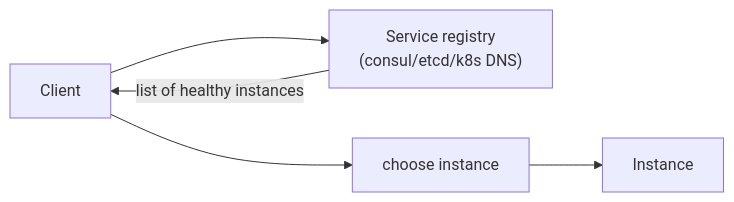
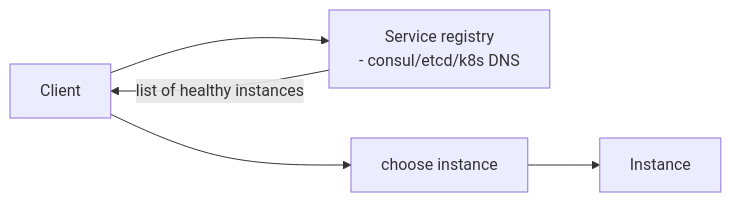
The second of 2 diagrams in docs/02-core-components/02-api-gateway-service-discovery.md (RIT-MESH/system-design-mastery), drawn with Mermaid before and after one commit. The commit also changed 139 other files, not shown here.

First line of the commit message:
Fix Mermaid parse errors: replace parentheses in node labels across 140 files

````diff
--- a/docs/02-core-components/02-api-gateway-service-discovery.md
+++ b/docs/02-core-components/02-api-gateway-service-discovery.md
@@ -43,8 +43,8 @@
 ```mermaid
 %% created-for: system-design-mastery
 flowchart LR
-  Client --> Reg["Service registry<br/>(consul/etcd/k8s DNS)"]
+  Client --> Reg["Service registry<br/> - consul/etcd/k8s DNS"]
   Reg -- "list of healthy instances" --> Client
   Client --> Pick["choose instance"]
   Pick --> Inst["Instance"]
 ```
````
